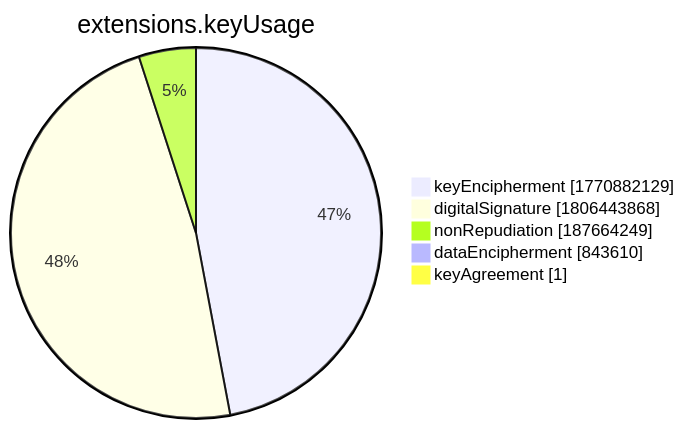
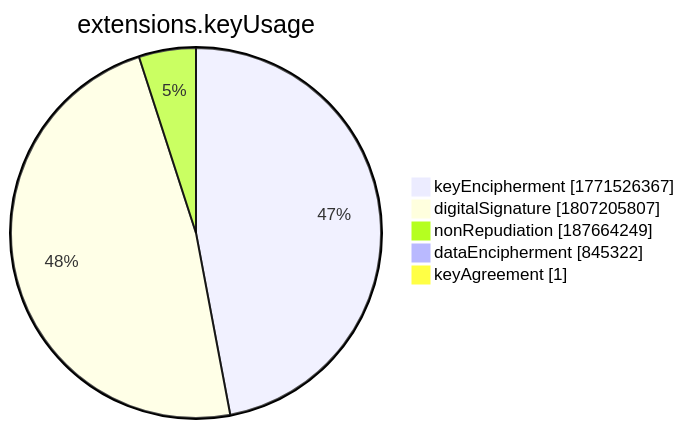
The seventh of 15 diagrams in xenon2022/README.md (christiankrug/ctmonitor_visualization), drawn with Mermaid before and after one commit. The commit also changed other lines of this file, not shown here.

````diff
--- a/xenon2022/README.md
+++ b/xenon2022/README.md
@@ -2859,9 +2859,9 @@
 ```mermaid
 pie showData
 title extensions.keyUsage
-"keyEncipherment" :1770882129
-"digitalSignature" :1806443868
+"keyEncipherment" :1771526367
+"digitalSignature" :1807205807
 "nonRepudiation" :187664249
-"dataEncipherment" :843610
+"dataEncipherment" :845322
 "keyAgreement" :1
 ```
````
